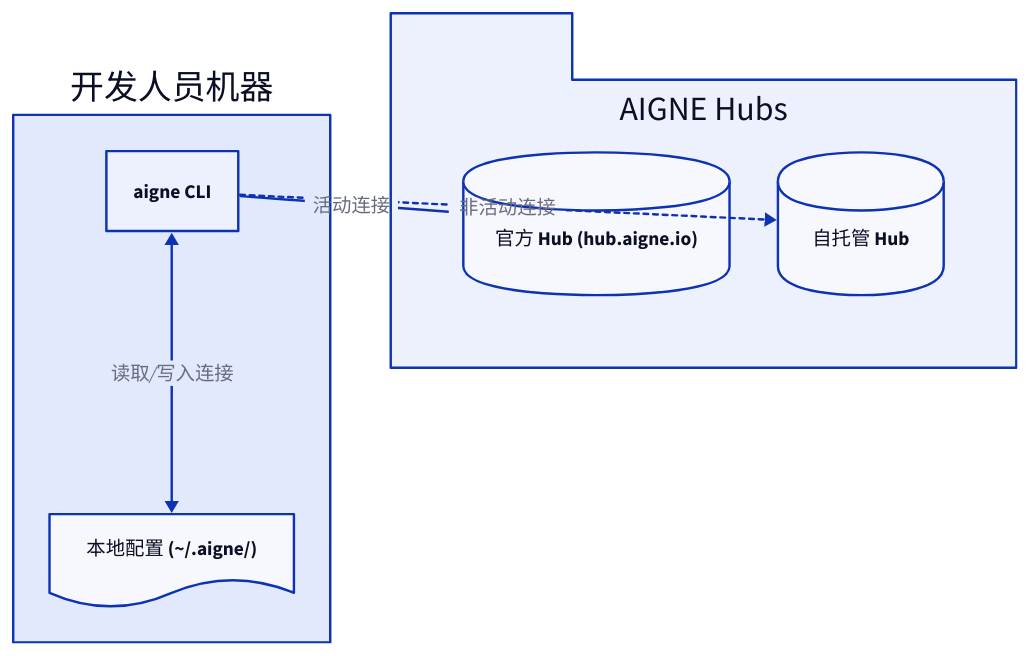
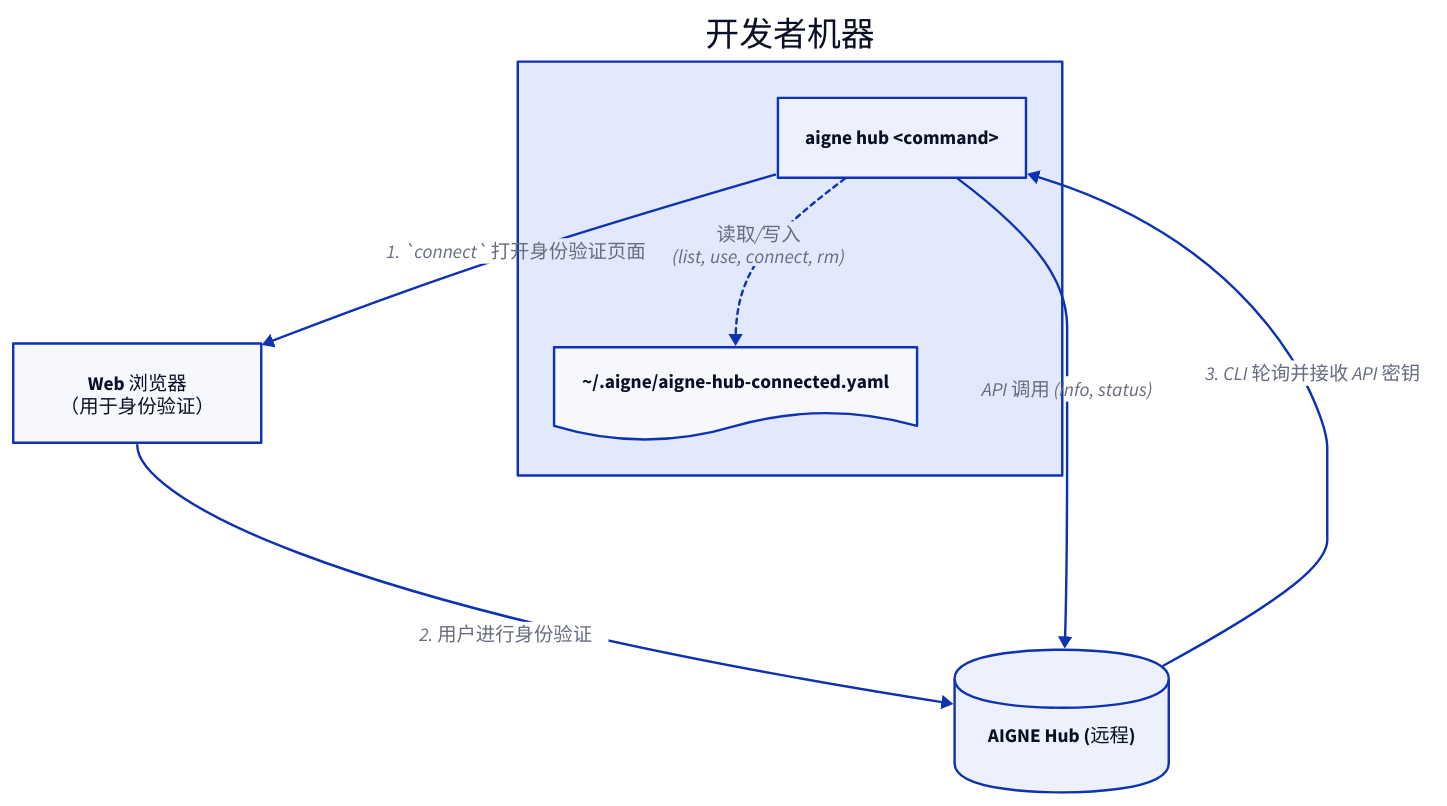
The diagram in packages/cli/docs/command-reference-hub.zh.md (AIGNE-io/aigne-framework), drawn with D2 before and after one commit. The commit also changed other lines of this file and 38 other files, not shown here.

````diff
--- a/packages/cli/docs/command-reference-hub.zh.md
+++ b/packages/cli/docs/command-reference-hub.zh.md
@@ -11,40 +15,50 @@
 ```d2
 direction: down
 
-"开发人员机器": {
+Developer-Machine: {
+  label: "开发者机器"
   shape: rectangle
 
-  "aigne CLI": {
+  aigne-CLI: {
+    label: "aigne hub <command>"
     shape: rectangle
   }
 
-  "本地配置 (~/.aigne/)": {
+  Local-Config: {
+    label: "~/.aigne/aigne-hub-connected.yaml"
     shape: document
   }
 
-  "aigne CLI" <-> "本地配置 (~/.aigne/)": "读取/写入连接"
-}
-
-"AIGNE Hubs": {
-  shape: package
-  grid-columns: 2
-
-  "官方 Hub (hub.aigne.io)": {
-    shape: cylinder
-  }
-
-  "自托管 Hub": {
-    shape: cylinder
+  aigne-CLI -> Local-Config: {
+    label: "读取/写入\n(list, use, connect, rm)"
+    style.stroke-dash: 2
   }
 }
 
-"开发人员机器"."aigne CLI" -> "AIGNE Hubs"."官方 Hub (hub.aigne.io)": {
-  label: "活动连接"
+AIGNE-Hub: {
+  label: "AIGNE Hub (远程)"
+  shape: cylinder
+}
+
+Browser: {
+  label: "Web 浏览器\n（用于身份验证）"
+  shape: rectangle
+}
+
+Developer-Machine.aigne-CLI -> Browser: {
+  label: "1. `connect` 打开身份验证页面"
+}
+
+Browser -> AIGNE-Hub: {
+  label: "2. 用户进行身份验证"
+}
+
+AIGNE-Hub -> Developer-Machine.aigne-CLI: {
+  label: "3. CLI 轮询并接收 API 密钥"
+}
+
+Developer-Machine.aigne-CLI -> AIGNE-Hub: {
+  label: "API 调用 (info, status)"
   style.stroke-width: 2
 }
-
-"开发人员机器"."aigne CLI" -> "AIGNE Hubs"."自托管 Hub": {
-  label: "非活动连接"
-  style.stroke-dash: 2
-}
 ```
````
